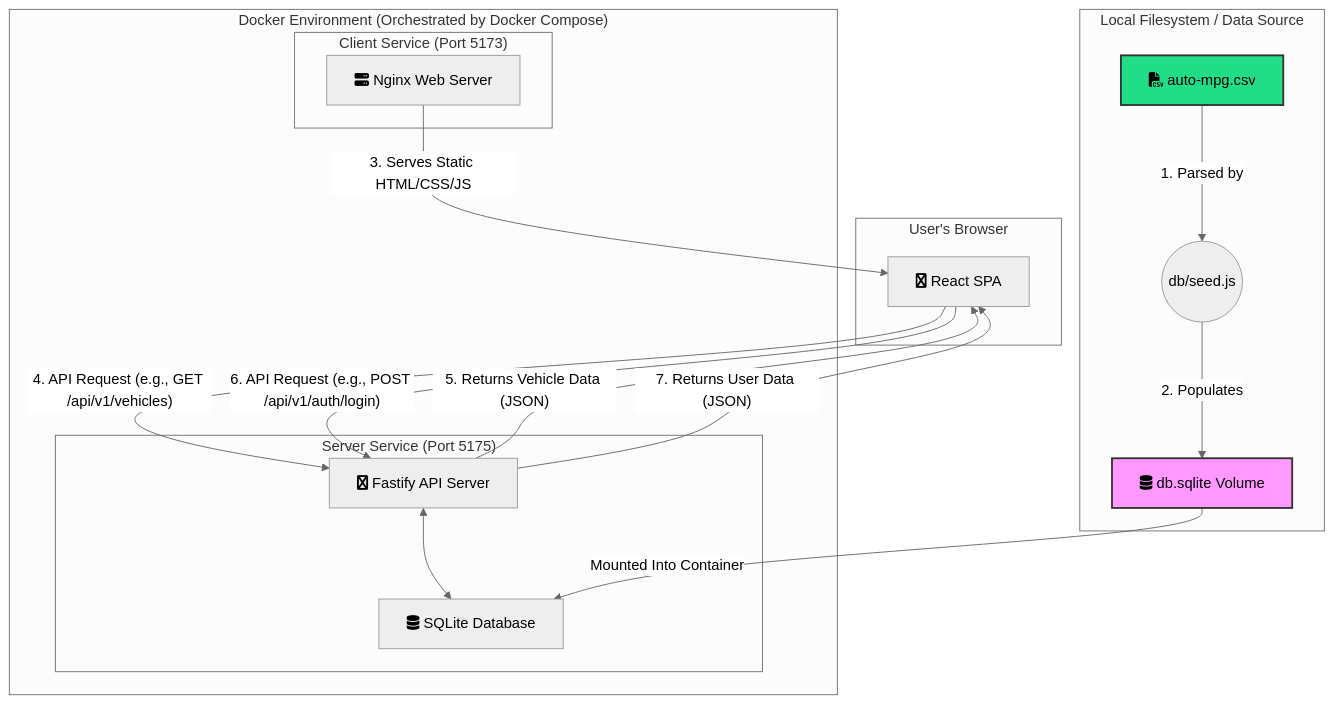
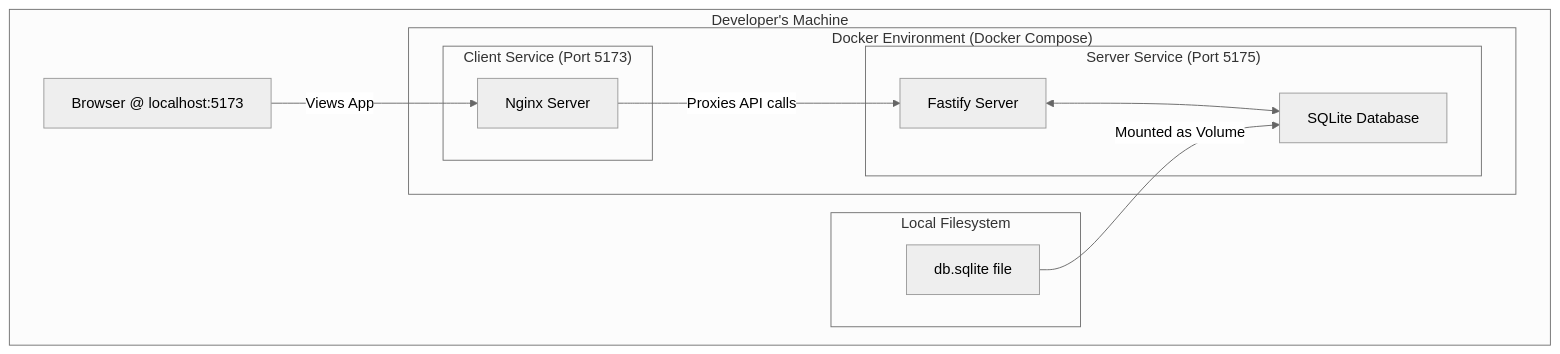
Before and after one commit to alokkumar-projects/wex-automotive: the second of 6 diagrams in README.md, drawn with Mermaid (neutral theme). The commit also changed other lines of this file, not shown here.

Commit message:
docs(readme): added the login/signup journey for users in readme

````diff
--- a/README.md
+++ b/README.md
@@ -17,33 +49,26 @@
 ```mermaid
 graph TD
-    subgraph "User's Browser"
-        A[fa:fa-react React SPA]
-    end
+    subgraph "Developer's Machine"
+        A[Browser @ localhost:5173]
 
-    subgraph "Docker Environment (Orchestrated by Docker Compose)"
-        subgraph "Client Service (Port 5173)"
-            B[fa:fa-server Nginx Web Server]
+        subgraph "Docker Environment (Docker Compose)"
+            subgraph "Client Service (Port 5173)"
+                B[Nginx Server]
+            end
+
+            subgraph "Server Service (Port 5175)"
+                C[Fastify Server]
+                D[SQLite Database]
+                C <--> D
+            end
         end
 
-        subgraph "Server Service (Port 5175)"
-            C[fa:fa-node-js Fastify API Server]
-            D_DB[fa:fa-database SQLite Database]
-            C <--> D_DB
+        subgraph "Local Filesystem"
+             E[db.sqlite file]
         end
     end
 
-    subgraph "Local Filesystem / Data Source"
-        E[fa:fa-file-csv auto-mpg.csv] -- "1. Parsed by" --> F((db/seed.js))
-        F -- "2. Populates" --> D_Vol[fa:fa-database db.sqlite Volume]
-    end
-
-    B -- "3. Serves Static HTML/CSS/JS" --> A
-    A -- "4. API Request (e.g., GET /api/v1/vehicles)" --> C
-    C -- "5. Returns Vehicle Data (JSON)" --> A
-    A -- "6. API Request (e.g., POST /api/v1/auth/login)" --> C
-    C -- "7. Returns User Data (JSON)" --> A
-    D_Vol -- "Mounted Into Container" --> D_DB
-
-    style E fill:#2d8,stroke:#333,stroke-width:2px
-    style D_Vol fill:#f9f,stroke:#333,stroke-width:2px
+    A -- "Views App" --> B
+    B -- "Proxies API calls" --> C
+    E -- "Mounted as Volume" --> D
 ```
````
